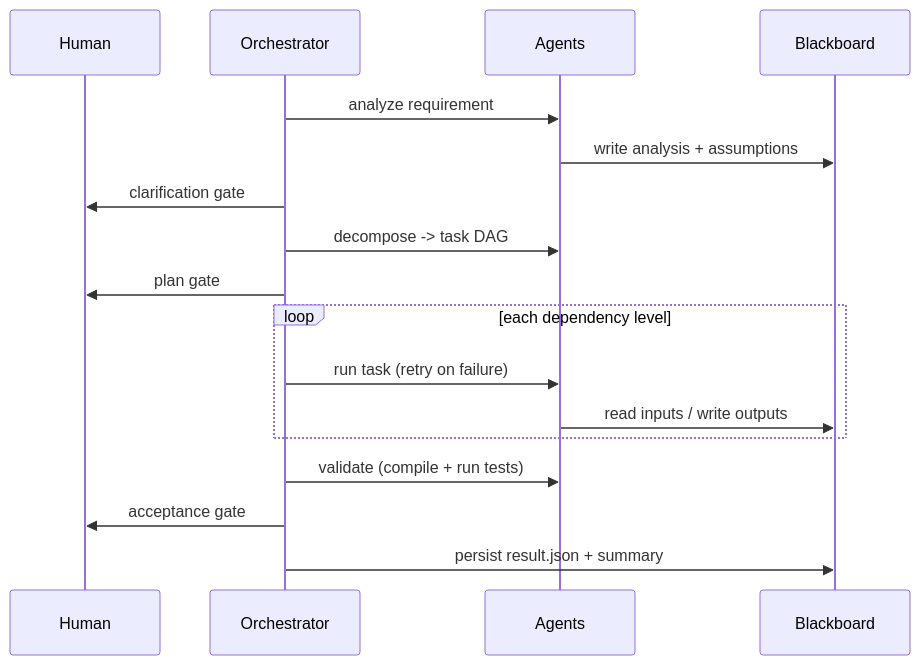
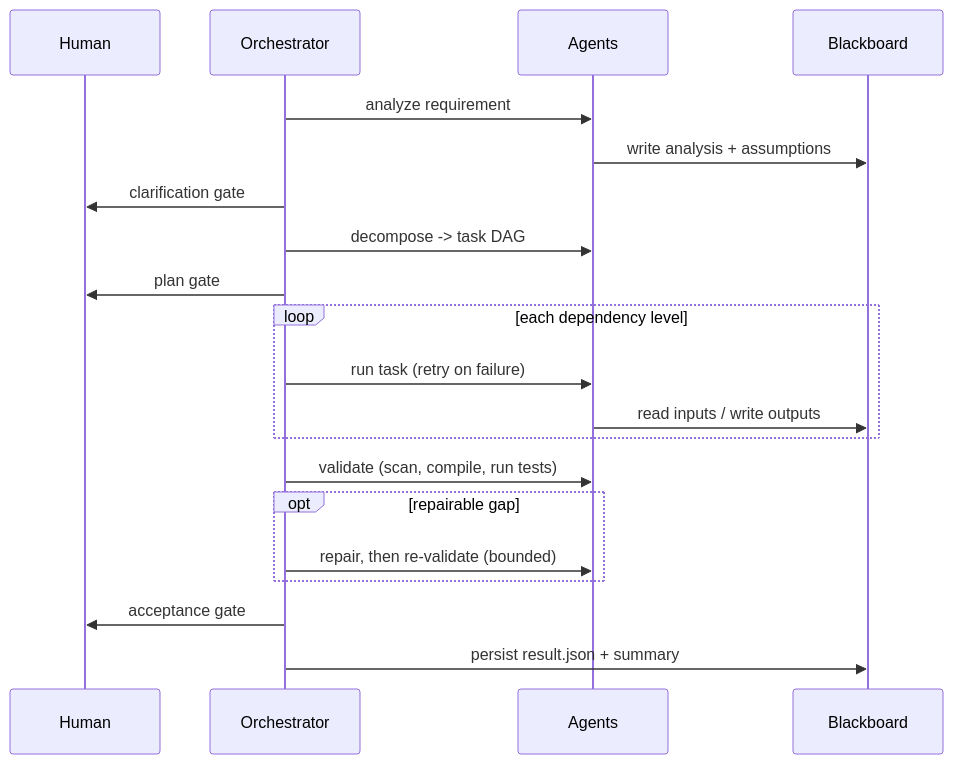
The second of 2 diagrams in docs/ARCHITECTURE.md (ummarvali/AgenticSoftware), drawn with Mermaid before and after one commit. The commit also changed other lines of this file and 77 other files, not shown here.

````diff
--- a/docs/ARCHITECTURE.md
+++ b/docs/ARCHITECTURE.md
@@ -73,19 +83,22 @@
 ```mermaid
 sequenceDiagram
     participant H as Human
     participant O as Orchestrator
     participant A as Agents
     participant B as Blackboard
     O->>A: analyze requirement
     A->>B: write analysis + assumptions
     O->>H: clarification gate
     O->>A: decompose -> task DAG
     O->>H: plan gate
     loop each dependency level
         O->>A: run task (retry on failure)
         A->>B: read inputs / write outputs
     end
-    O->>A: validate (compile + run tests)
+    O->>A: validate (scan, compile, run tests)
+    opt repairable gap
+        O->>A: repair, then re-validate (bounded)
+    end
     O->>H: acceptance gate
     O->>B: persist result.json + summary
 ```
````
